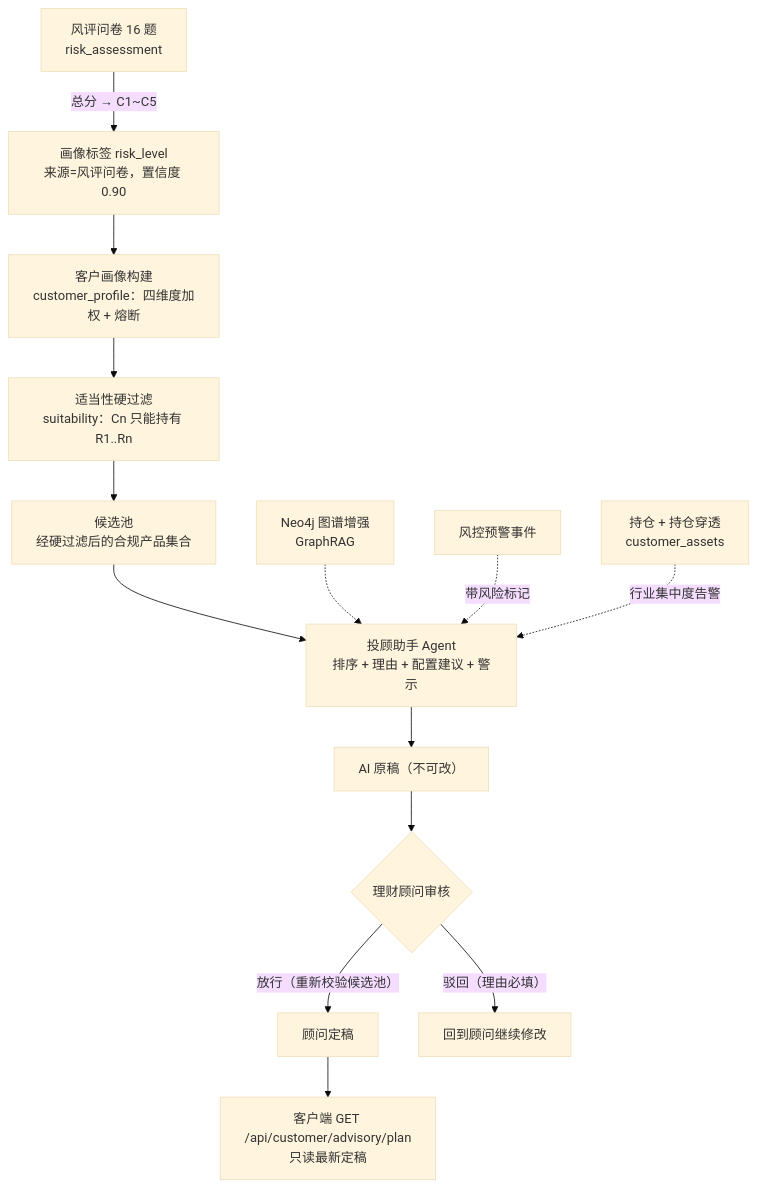
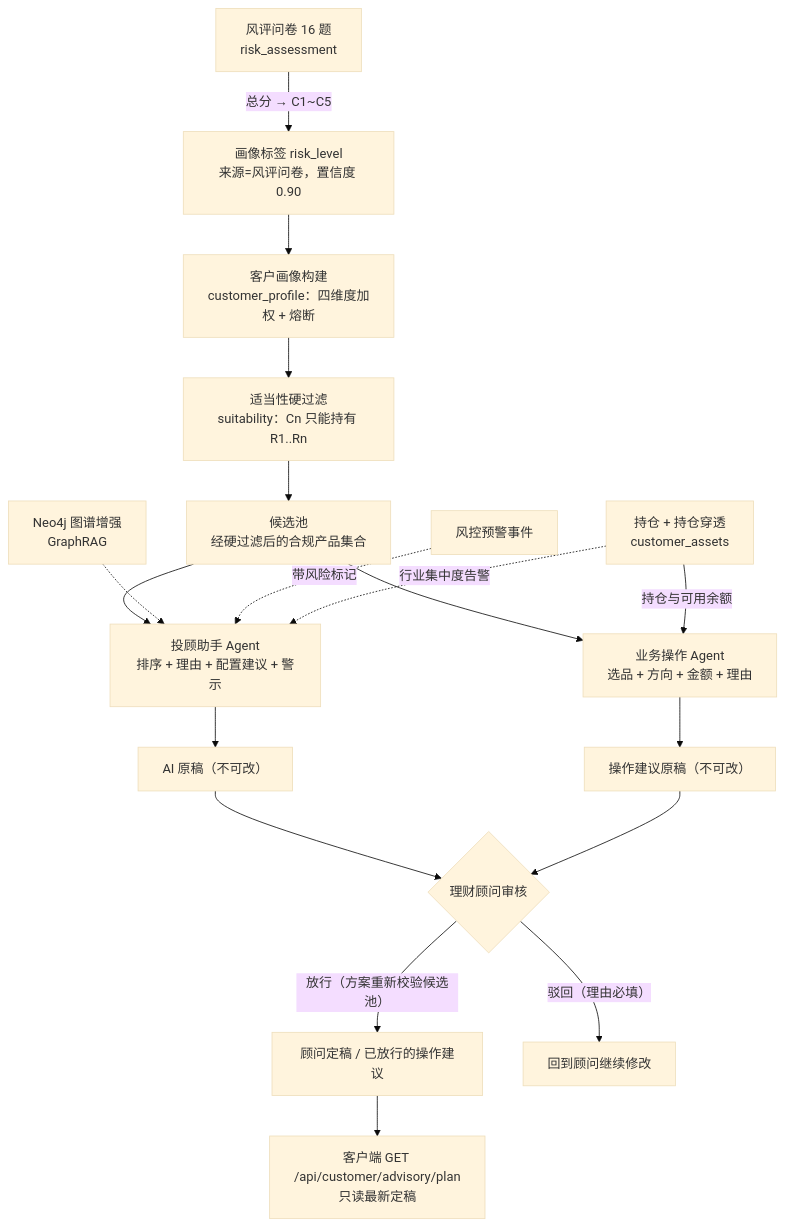
One commit to nizhaojie/SmartWealthManagement changed the eighth of 11 diagrams in docs/system-architecture.md. Above: the diagram before and after it, drawn with Mermaid (base theme). The commit also changed other lines of this file and 21 other files, not shown here.

First line of the commit message:
feat: 业务操作 Agent 与操作建议原稿

````diff
--- a/docs/system-architecture.md
+++ b/docs/system-architecture.md
@@ -231,19 +257,24 @@
 ```mermaid
 flowchart TD
     RA["风评问卷 16 题<br/>risk_assessment"] -->|"总分 → C1~C5"| TAG["画像标签 risk_level<br/>来源=风评问卷，置信度 0.90"]
     TAG --> PROF["客户画像构建<br/>customer_profile：四维度加权 + 熔断"]
     PROF --> SUIT["适当性硬过滤<br/>suitability：Cn 只能持有 R1..Rn"]
     SUIT --> POOL["候选池<br/>经硬过滤后的合规产品集合"]
 
     POOL --> ADV["投顾助手 Agent<br/>排序 + 理由 + 配置建议 + 警示"]
     ADV --> DRAFT["AI 原稿（不可改）"]
     NEO["Neo4j 图谱增强<br/>GraphRAG"] -.-> ADV
     RK["风控预警事件"] -.->|"带风险标记"| ADV
 
+    POOL --> OP["业务操作 Agent<br/>选品 + 方向 + 金额 + 理由"]
+    HOLD -->|"持仓与可用余额"| OP
+    OP --> ODRAFT["操作建议原稿（不可改）"]
+
     DRAFT --> REVIEW{"理财顾问审核"}
-    REVIEW -->|"放行（重新校验候选池）"| FINAL["顾问定稿"]
+    ODRAFT --> REVIEW
+    REVIEW -->|"放行（方案重新校验候选池）"| FINAL["顾问定稿 / 已放行的操作建议"]
     REVIEW -->|"驳回（理由必填）"| BACK["回到顾问继续修改"]
     FINAL --> CUST["客户端 GET /api/customer/advisory/plan<br/>只读最新定稿"]
 
     HOLD["持仓 + 持仓穿透<br/>customer_assets"] -.->|"行业集中度告警"| ADV
 ```
````
